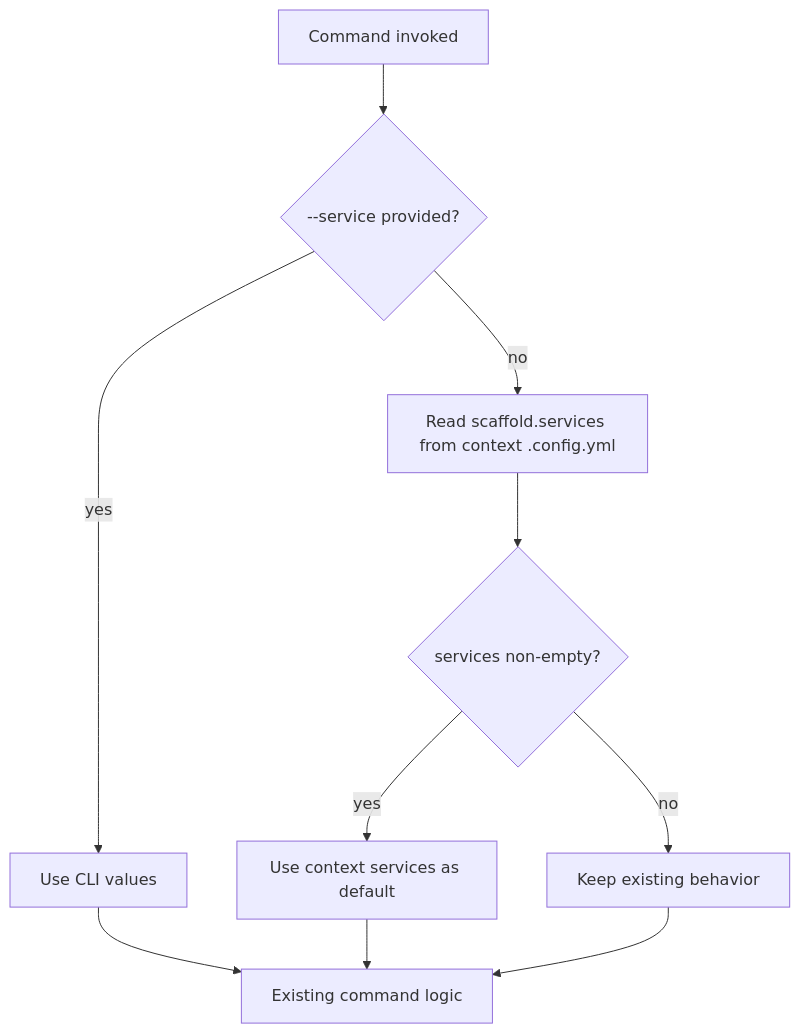
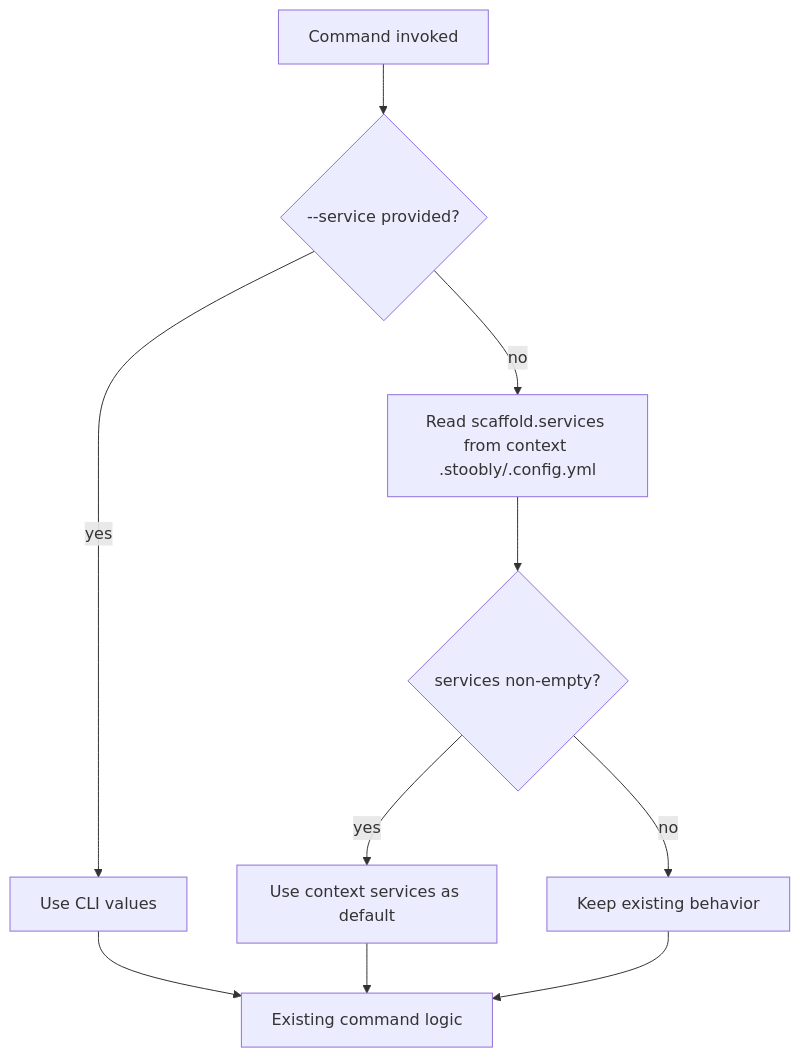
Before and after one commit to Stoobly/stoobly-agent: the diagram in docs/context-dir-services.md, drawn with Mermaid. The commit also changed other lines of this file and 3 other files, not shown here.

First line of the commit message:
754 move context config into data dir (#755)

````diff
--- a/docs/context-dir-services.md
+++ b/docs/context-dir-services.md
@@ -42,12 +42,12 @@
 ```mermaid
 flowchart TD
   cmd[Command invoked] --> hasService{"--service provided?"}
   hasService -->|yes| useCli[Use CLI values]
-  hasService -->|no| readConfig["Read scaffold.services from context .config.yml"]
+  hasService -->|no| readConfig["Read scaffold.services from context .stoobly/.config.yml"]
   readConfig --> hasConfig{"services non-empty?"}
   hasConfig -->|yes| useConfig[Use context services as default]
   hasConfig -->|no| useExisting["Keep existing behavior"]
   useCli --> run[Existing command logic]
   useConfig --> run
   useExisting --> run
 ```
````
